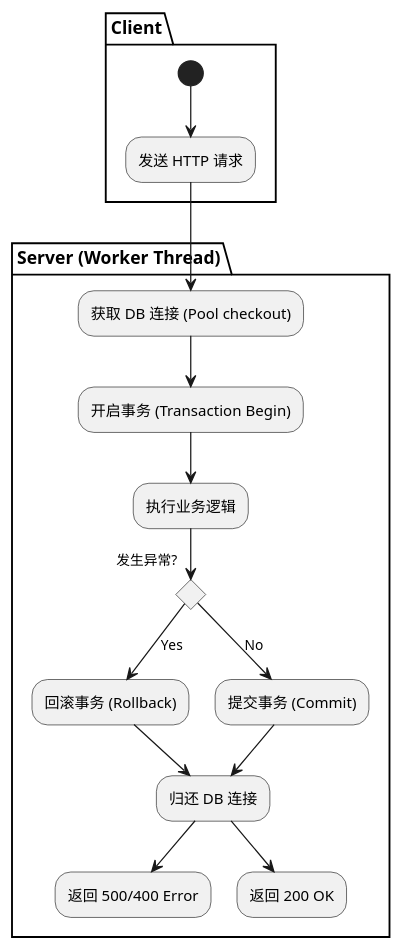
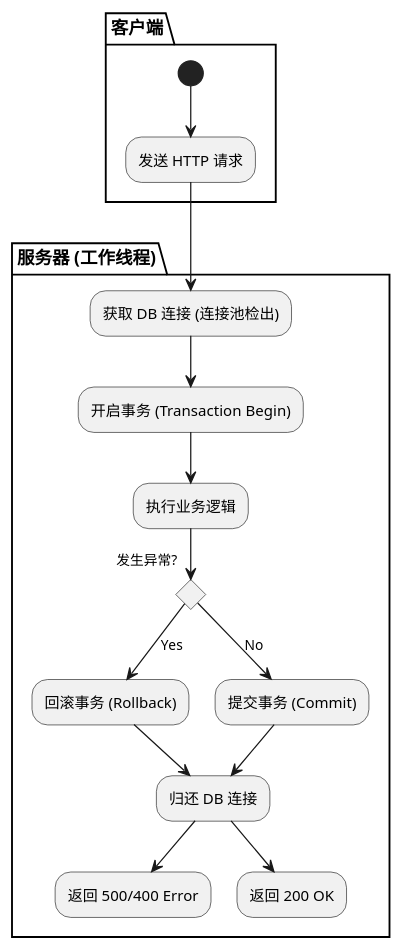
Before and after one commit to maroonxv/TravelShare: the first of 3 diagrams in doc/design/architecture_design/process_view.md, drawn with PlantUML. The commit also changed other lines of this file and 59 other files, not shown here.

````diff
--- a/doc/design/architecture_design/process_view.md
+++ b/doc/design/architecture_design/process_view.md
@@ -60,23 +59,23 @@
 ```plantuml
 @startuml
-partition "Client" {
+partition "客户端" {
     (*) --> "发送 HTTP 请求"
 }
 
-partition "Server (Worker Thread)" {
-    "发送 HTTP 请求" --> "获取 DB 连接 (Pool checkout)"
-    "获取 DB 连接 (Pool checkout)" --> "开启事务 (Transaction Begin)"
+partition "服务器 (工作线程)" {
+    "发送 HTTP 请求" --> "获取 DB 连接 (连接池检出)"
+    "获取 DB 连接 (连接池检出)" --> "开启事务 (Transaction Begin)"
     "开启事务 (Transaction Begin)" --> "执行业务逻辑"
     
     if "发生异常?" then
         -->[Yes] "回滚事务 (Rollback)"
         --> "归还 DB 连接"
         --> "返回 500/400 Error"
     else
         -->[No] "提交事务 (Commit)"
         --> "归还 DB 连接"
         --> "返回 200 OK"
     endif
 }
 @enduml
 ```
````
